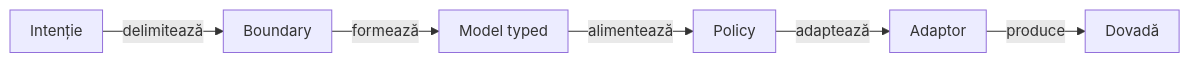
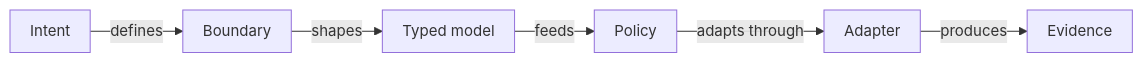
One commit to crististefanita/atf_j0 changed the first of 2 diagrams in docs/README_Atf_CodeBestPractices.md. Above: the diagram before and after it, drawn with Mermaid. The commit also changed other lines of this file and 113 other files, not shown here.

````diff
--- a/docs/README_Atf_CodeBestPractices.md
+++ b/docs/README_Atf_CodeBestPractices.md
@@ -16,9 +15,9 @@
 ```mermaid
 %%{init: {"themeVariables":{"fontSize":"15px"},"themeCSS":".nodeLabel, .nodeLabel p { font-size: 15px !important; line-height: 1.35 !important; } .edgeLabel, .edgeLabel p { font-size: 12px !important; font-weight: 400 !important; line-height: 1.2 !important; } .edgeLabel .labelBkg, .edgeLabel p { background: transparent !important; } .edgeLabel foreignObject { transform: translateY(-18px); overflow: visible; } .node rect { rx: 6px; ry: 6px; }","flowchart":{"curve":"linear","nodeSpacing":24,"rankSpacing":40,"padding":10,"diagramPadding":16}}}%%
 flowchart LR
-    Intent["Intenție"] -->|delimitează| Boundary["Boundary"]
-    Boundary -->|formează| Model["Model typed"]
-    Model -->|alimentează| Policy["Policy"]
-    Policy -->|adaptează| Adapter["Adaptor"]
-    Adapter -->|produce| Evidence["Dovadă"]
+    Intent["Intent"] -->|defines| Boundary["Boundary"]
+    Boundary -->|shapes| Model["Typed model"]
+    Model -->|feeds| Policy["Policy"]
+    Policy -->|adapts through| Adapter["Adapter"]
+    Adapter -->|produces| Evidence["Evidence"]
 ```
````
